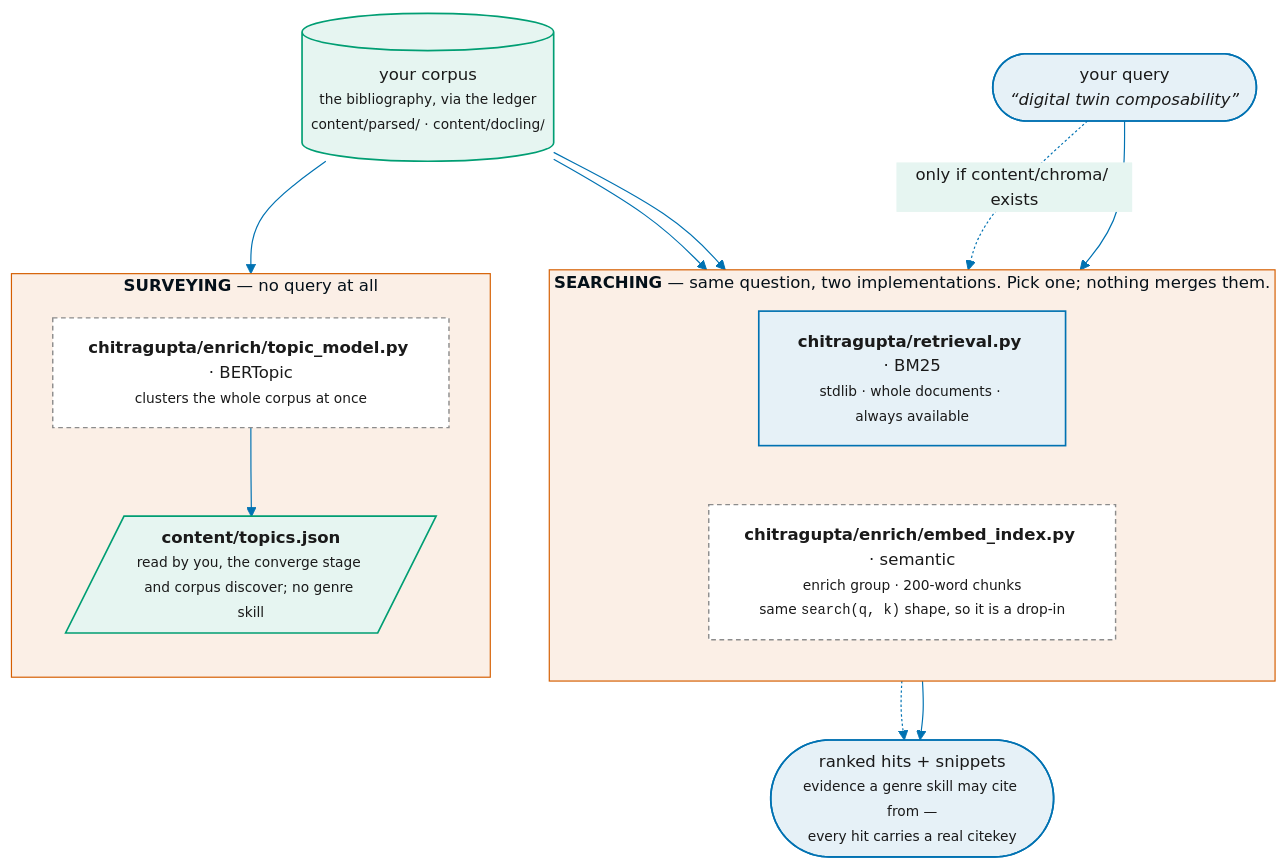
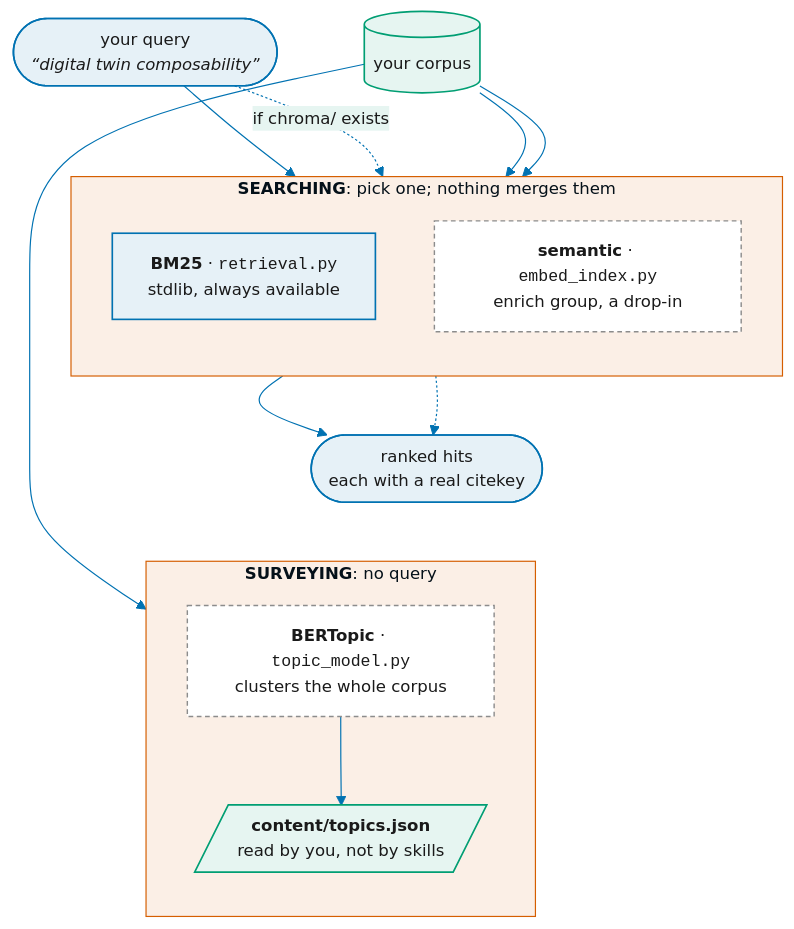
Before and after one commit to prasadtalasila/chitragupta: the diagram in docs/RETRIEVAL.md, drawn with Mermaid. The commit also changed other lines of this file and 145 other files, not shown here.

````diff
--- a/docs/RETRIEVAL.md
+++ b/docs/RETRIEVAL.md
@@ -41,54 +38,55 @@
 ```mermaid
 %%{init: {
   "theme": "base",
   "themeVariables": {
     "fontSize": "14px",
     "primaryColor": "#E6F1F7",
     "primaryBorderColor": "#0072B2",
     "primaryTextColor": "#1A1A1A",
     "lineColor": "#0072B2",
     "secondaryColor": "#E6F5F1",
     "secondaryBorderColor": "#009E73",
     "tertiaryColor": "#FBEFE6",
     "tertiaryBorderColor": "#D55E00"
   }
 }}%%
 flowchart TB
 
   Q(["your query<br/><i>“digital twin composability”</i>"])
 
-  subgraph SEARCH["<b>SEARCHING</b> — same question, two implementations. Pick one; nothing merges them."]
-    direction LR
-    BM25["<b>chitragupta/retrieval.py</b> · BM25<br/><small>stdlib · whole documents · always available</small>"]
-    EMB["<b>chitragupta/enrich/embed_index.py</b> · semantic<br/><small>enrich group · 200-word chunks<br/>same <code>search(q, k)</code> shape, so it is a drop-in</small>"]
+  subgraph SEARCH["<b>SEARCHING</b>: pick one; nothing merges them"]
+    direction TB
+    BM25["<b>BM25</b> · <code>retrieval.py</code><br/>stdlib, always available"]
+    EMB["<b>semantic</b> · <code>embed_index.py</code><br/>enrich group, a drop-in"]
   end
 
-  subgraph SURVEY["<b>SURVEYING</b> — no query at all"]
+  subgraph SURVEY["<b>SURVEYING</b>: no query"]
     direction TB
-    BERT["<b>chitragupta/enrich/topic_model.py</b> · BERTopic<br/><small>clusters the whole corpus at once</small>"]
-    TOP[/"<b>content/topics.json</b><br/><small>read by you, the converge stage and corpus discover; no genre skill</small>"/]
+    BERT["<b>BERTopic</b> · <code>topic_model.py</code><br/>clusters the whole corpus"]
+    TOP[/"<b>content/topics.json</b><br/>read by you, not by skills"/]
     BERT --> TOP
   end
 
-  HITS(["ranked hits + snippets<br/><small>evidence a genre skill may cite from —<br/>every hit carries a real citekey</small>"])
-  CORPUS[("your corpus<br/><small>the bibliography, via the ledger<br/>content/parsed/ · content/docling/</small>")]
+  HITS(["ranked hits<br/>each with a real citekey"])
+  CORPUS[("your corpus")]
 
   Q --> BM25 --> HITS
-  Q -. "only if content/chroma/ exists" .-> EMB
+  Q -. "if chroma/ exists" .-> EMB
   EMB -.-> HITS
   CORPUS --> BM25
   CORPUS --> EMB
   CORPUS --> BERT
+  HITS ~~~ BERT
 
 
   class Q,HITS flow
   class BM25 flow
   class EMB,BERT absent
   class TOP,CORPUS alt
 
   %% house roles: generated by scripts/render_diagrams.py --sync
   classDef flow fill:#E6F1F7,stroke:#0072B2,stroke-width:1.4px,color:#1A1A1A
   classDef alt fill:#E6F5F1,stroke:#009E73,stroke-width:1.4px,color:#1A1A1A
   classDef key fill:#FBEFE6,stroke:#D55E00,stroke-width:2px,color:#1A1A1A
   classDef absent fill:#FFFFFF,stroke:#8C8C8C,stroke-width:1.2px,stroke-dasharray:4 3,color:#1A1A1A
 ```
````
